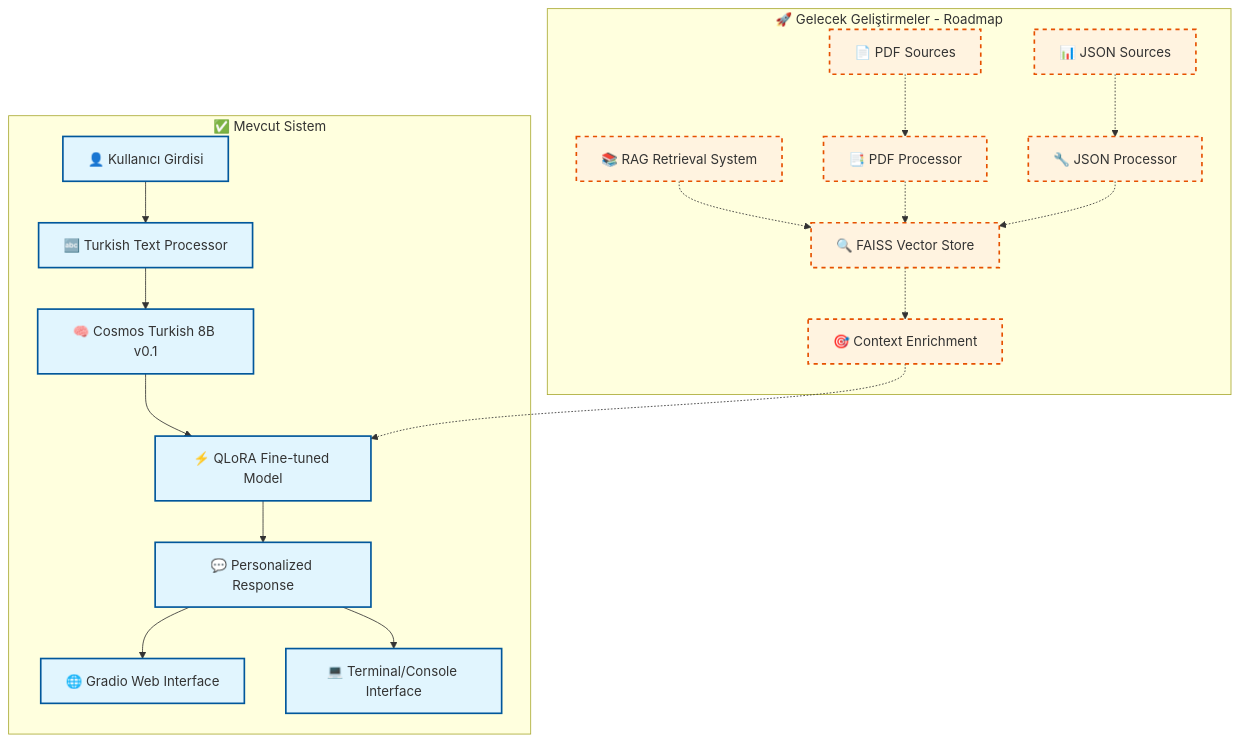
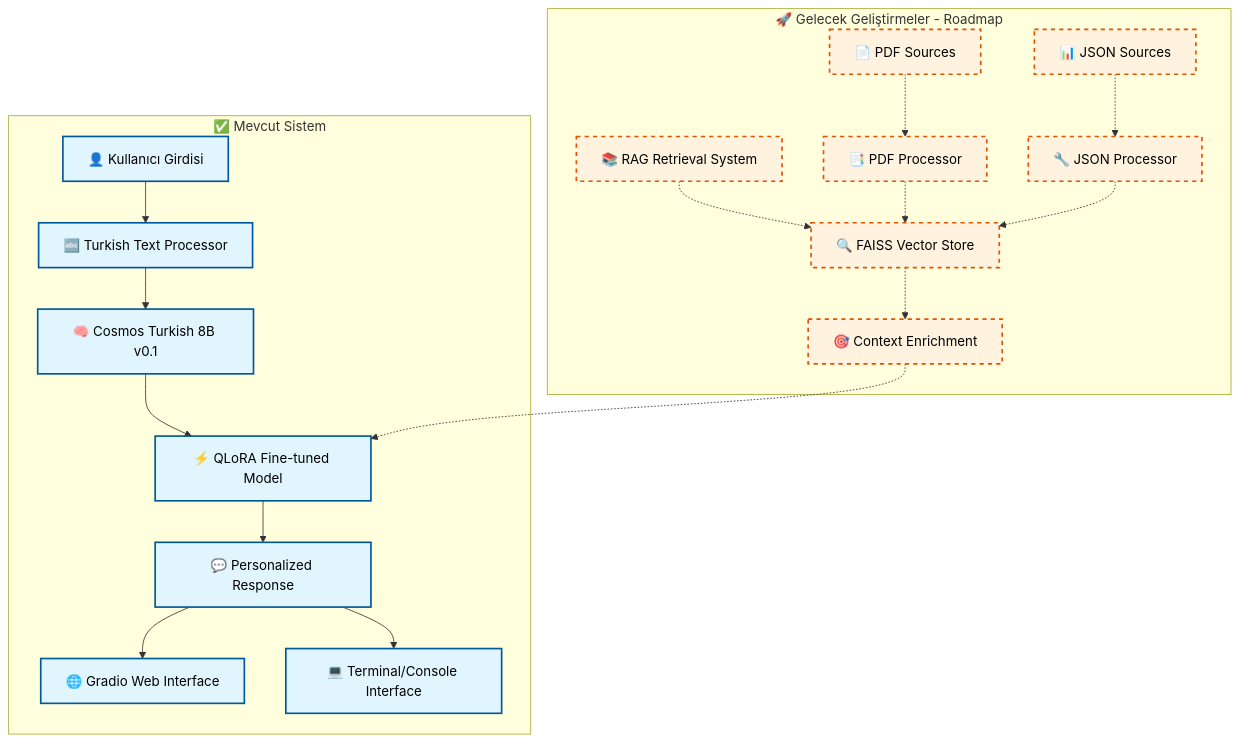
Before and after one commit to FitTurkAI/FitTurkAI: the diagram in README.md, drawn with Mermaid.

````diff
--- a/README.md
+++ b/README.md
@@ -53,27 +53,27 @@
 ```mermaid
 graph TB
  subgraph "✅ Mevcut Sistem"
         A["👤 Kullanıcı Girdisi"] --> B["🔤 Turkish Text Processor"]
         B --> C["🧠 Cosmos Turkish 8B v0.1"]
         C --> D["⚡ QLoRA Fine-tuned Model"]
         D --> E["💬 Personalized Response"]
         E --> F["🌐 Gradio Web Interface"]
         E --> G["💻 Terminal/Console Interface"]
     end
     
     subgraph "🚀 Gelecek Geliştirmeler - Roadmap"
         H["📚 RAG Retrieval System"] -.-> I["🔍 FAISS Vector Store"]
         J["📄 PDF Sources"] -.-> K["📑 PDF Processor"]
         L["📊 JSON Sources"] -.-> M["🔧 JSON Processor"]
         K -.-> I
         M -.-> I
         I -.-> N["🎯 Context Enrichment"]
         N -.-> D
     end
     
-    classDef current fill:#e1f5fe,stroke:#01579b,stroke-width:2px
-    classDef future fill:#fff3e0,stroke:#e65100,stroke-width:2px,stroke-dasharray: 5 5
+    classDef current fill:#e1f5fe,stroke:#01579b,stroke-width:2px,color:#000
+    classDef future fill:#fff3e0,stroke:#e65100,stroke-width:2px,stroke-dasharray: 5 5,color:#000
     
     class A,B,C,D,E,F,G current
     class H,I,J,K,L,M,N future
 ```
````
